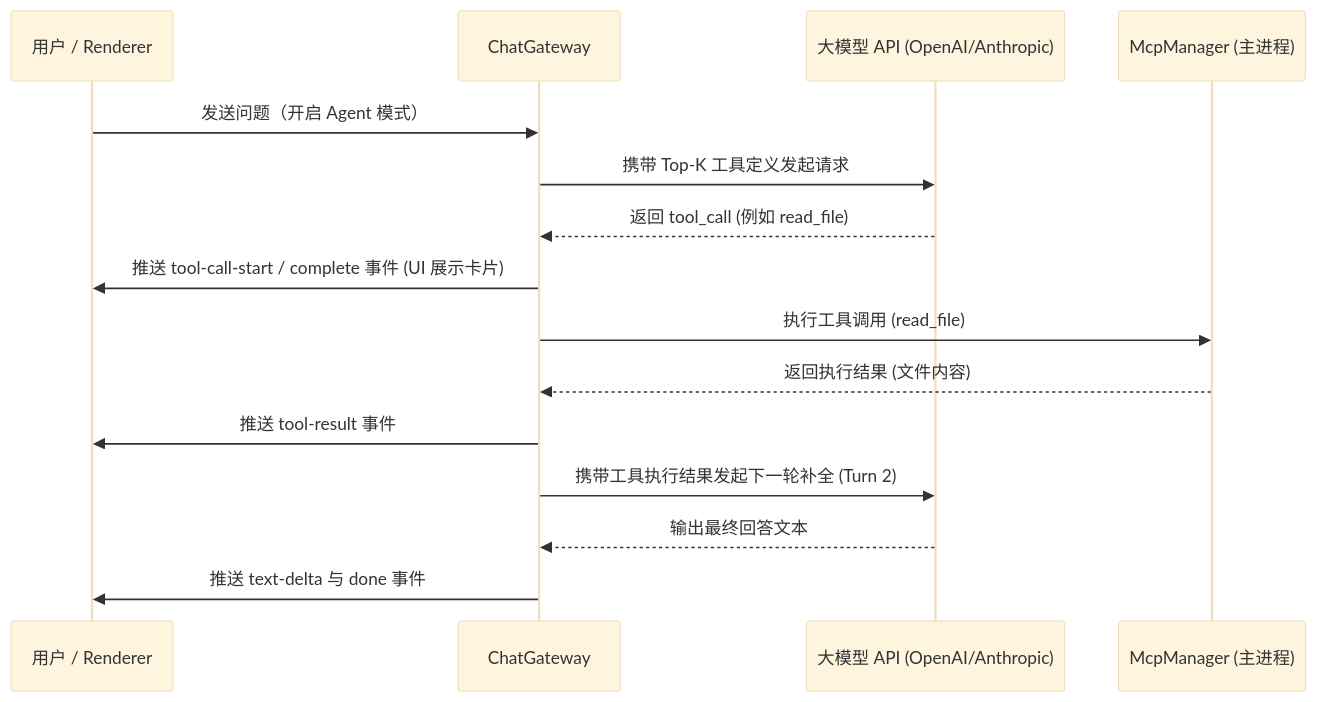
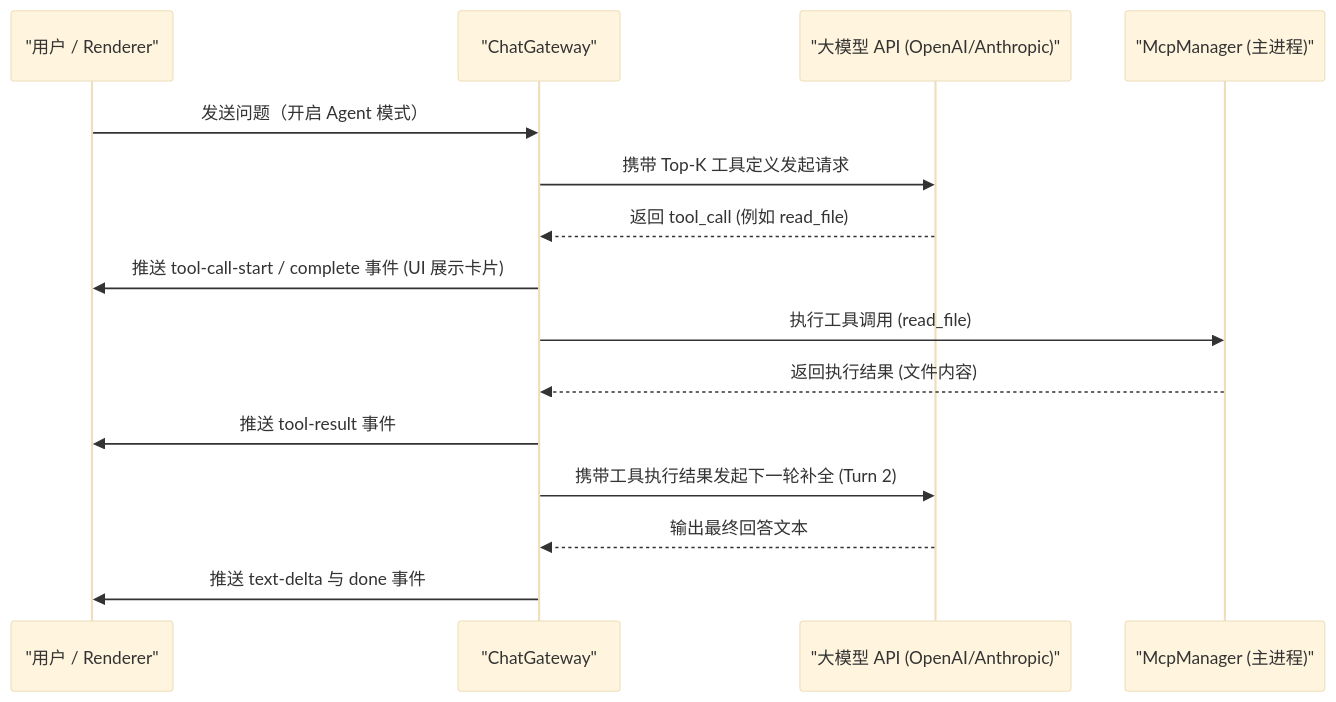
One commit to ac-1e9plus7/agent-box changed the diagram in docs/mcp-integration.md. Above: the diagram before and after it, drawn with Mermaid (base theme). The commit also changed 1 other file, not shown here.

Commit message:
feat: 添加MCP支持

````diff
--- a/docs/mcp-integration.md
+++ b/docs/mcp-integration.md
@@ -61,18 +61,18 @@
 ```mermaid
 sequenceDiagram
-    participant User as 用户 / Renderer
-    participant GW as ChatGateway
-    participant Model as 大模型 API (OpenAI/Anthropic)
-    participant MCP as McpManager (主进程)
+    participant User as "用户 / Renderer"
+    participant GW as "ChatGateway"
+    participant Model as "大模型 API (OpenAI/Anthropic)"
+    participant MCP as "McpManager (主进程)"
 
     User->>GW: 发送问题（开启 Agent 模式）
     GW->>Model: 携带 Top-K 工具定义发起请求
     Model-->>GW: 返回 tool_call (例如 read_file)
     GW->>User: 推送 tool-call-start / complete 事件 (UI 展示卡片)
     GW->>MCP: 执行工具调用 (read_file)
     MCP-->>GW: 返回执行结果 (文件内容)
     GW->>User: 推送 tool-result 事件
     GW->>Model: 携带工具执行结果发起下一轮补全 (Turn 2)
     Model-->>GW: 输出最终回答文本
     GW->>User: 推送 text-delta 与 done 事件
 ```
````
